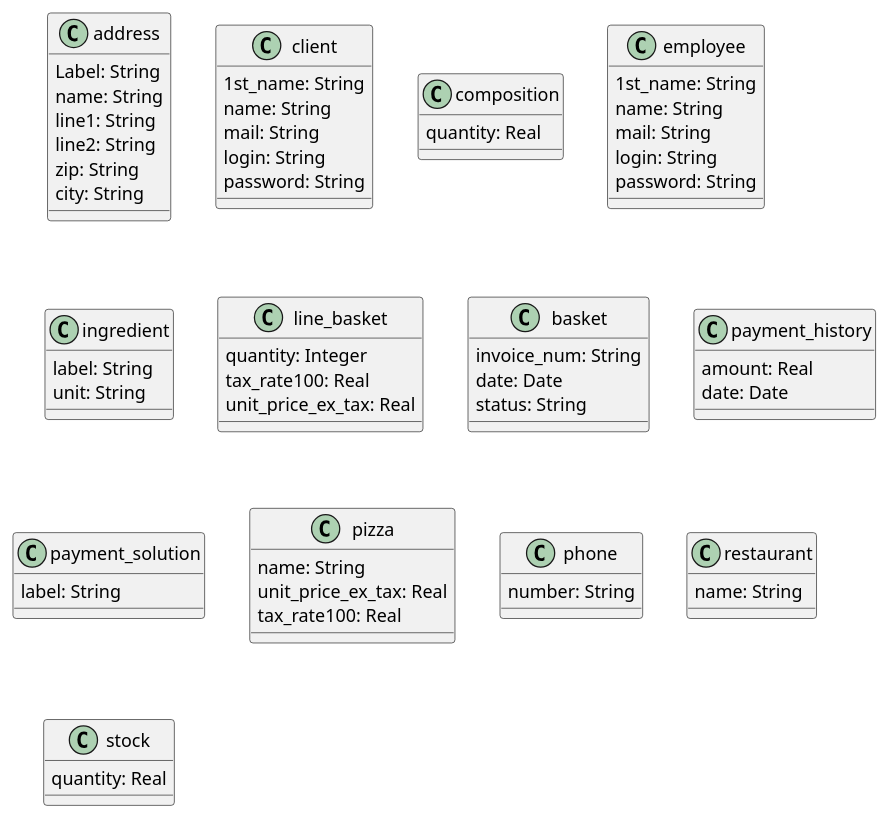
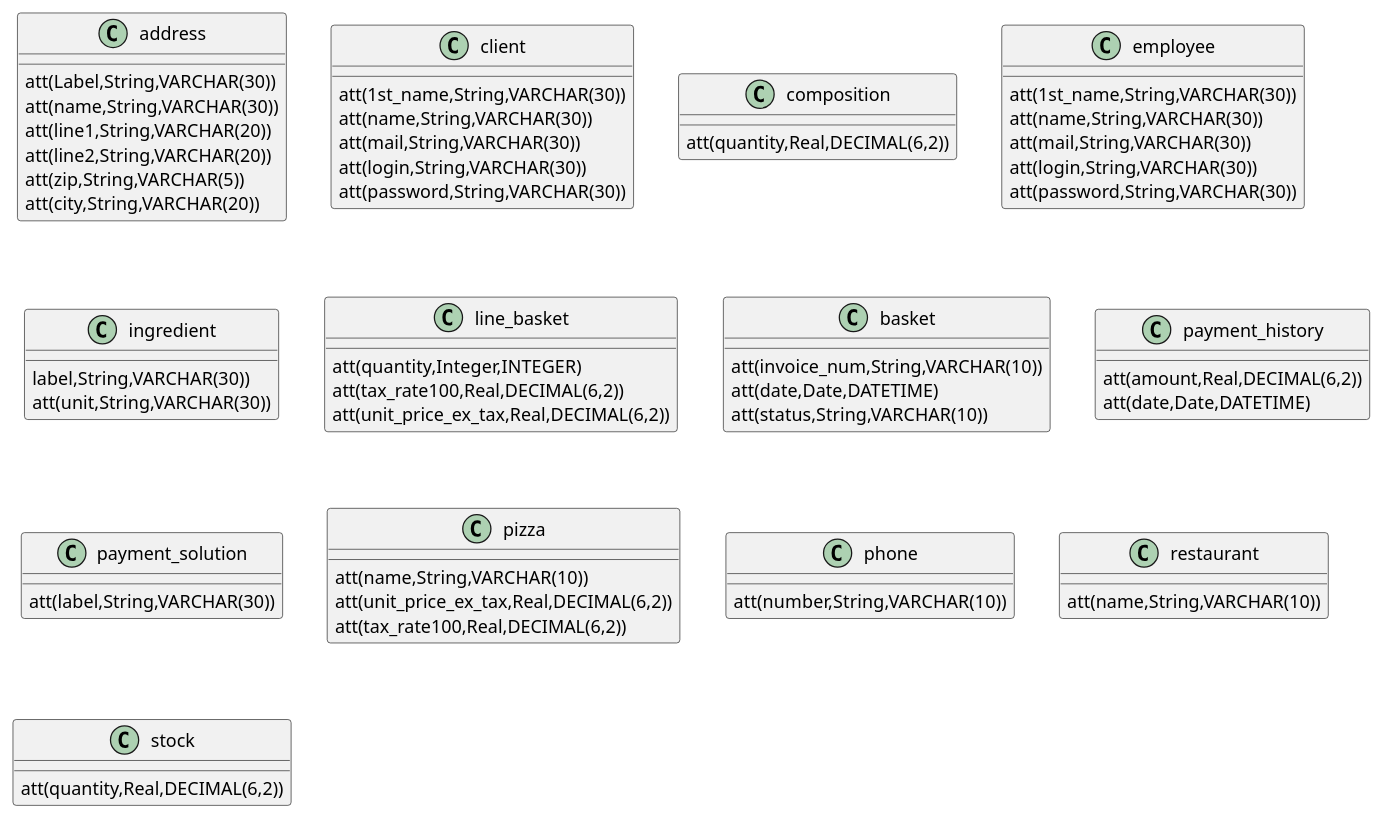
The diagram in src-puml/attributes.iuml (freezed/ocp6), drawn with PlantUML before and after one commit. The commit also changed 1 other file, not shown here.

```diff
--- a/src-puml/attributes.iuml
+++ b/src-puml/attributes.iuml
@@ -1,61 +1,61 @@
 /' = = = = = = = ATTRIBUTE = = = = = = = '/
 class address {
-    Label: String
-    name: String
-    line1: String
-    line2: String
-    zip: String
-    city: String
+    att(Label,String,VARCHAR(30))
+    att(name,String,VARCHAR(30))
+    att(line1,String,VARCHAR(20))
+    att(line2,String,VARCHAR(20))
+    att(zip,String,VARCHAR(5))
+    att(city,String,VARCHAR(20))
 }
 class client {
-    1st_name: String
-    name: String
-    mail: String
-    login: String
-    password: String
+    att(1st_name,String,VARCHAR(30))
+    att(name,String,VARCHAR(30))
+    att(mail,String,VARCHAR(30))
+    att(login,String,VARCHAR(30))
+    att(password,String,VARCHAR(30))
 }
 class composition {
-    quantity: Real
+    att(quantity,Real,DECIMAL(6,2))
 }
 class employee {
-    1st_name: String
-    name: String
-    mail: String
-    login: String
-    password: String
+    att(1st_name,String,VARCHAR(30))
+    att(name,String,VARCHAR(30))
+    att(mail,String,VARCHAR(30))
+    att(login,String,VARCHAR(30))
+    att(password,String,VARCHAR(30))
 }
 class ingredient {
-    label: String
-    unit: String
+    label,String,VARCHAR(30))
+    att(unit,String,VARCHAR(30))
 }
 class line_basket {
-    quantity: Integer
-    tax_rate100: Real
-    unit_price_ex_tax: Real
+    att(quantity,Integer,INTEGER)
+    att(tax_rate100,Real,DECIMAL(6,2))
+    att(unit_price_ex_tax,Real,DECIMAL(6,2))
 }
 class basket {
-    invoice_num: String
-    date: Date
-    status: String
+    att(invoice_num,String,VARCHAR(10))
+    att(date,Date,DATETIME)
+    att(status,String,VARCHAR(10))
 }
 class payment_history {
-    amount: Real
-    date: Date
+    att(amount,Real,DECIMAL(6,2))
+    att(date,Date,DATETIME)
 }
 class payment_solution {
-    label: String
+    att(label,String,VARCHAR(30))
 }
 class pizza {
-    name: String
-    unit_price_ex_tax: Real
-    tax_rate100: Real
+    att(name,String,VARCHAR(10))
+    att(unit_price_ex_tax,Real,DECIMAL(6,2))
+    att(tax_rate100,Real,DECIMAL(6,2))
 }
 class phone {
-    number: String
+    att(number,String,VARCHAR(10))
 }
 class restaurant {
-    name: String
+    att(name,String,VARCHAR(10))
 }
 class stock {
-    quantity: Real
+    att(quantity,Real,DECIMAL(6,2))
 }
```
